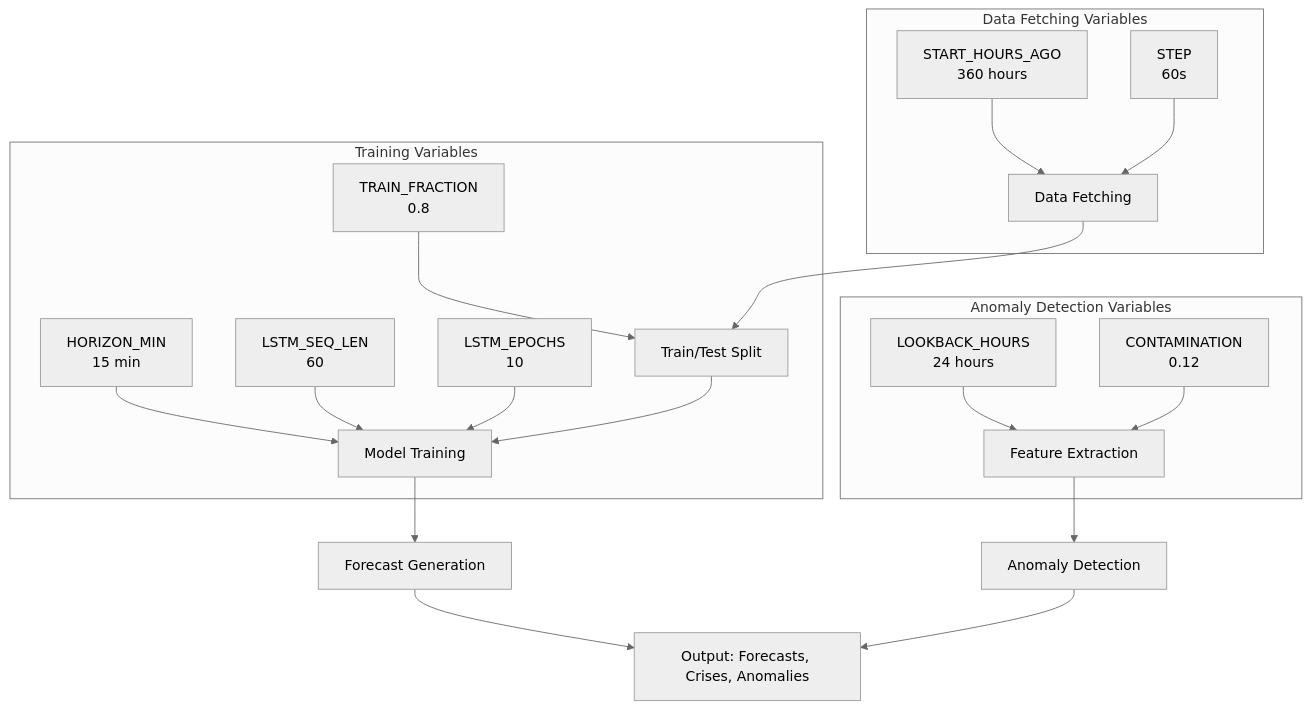
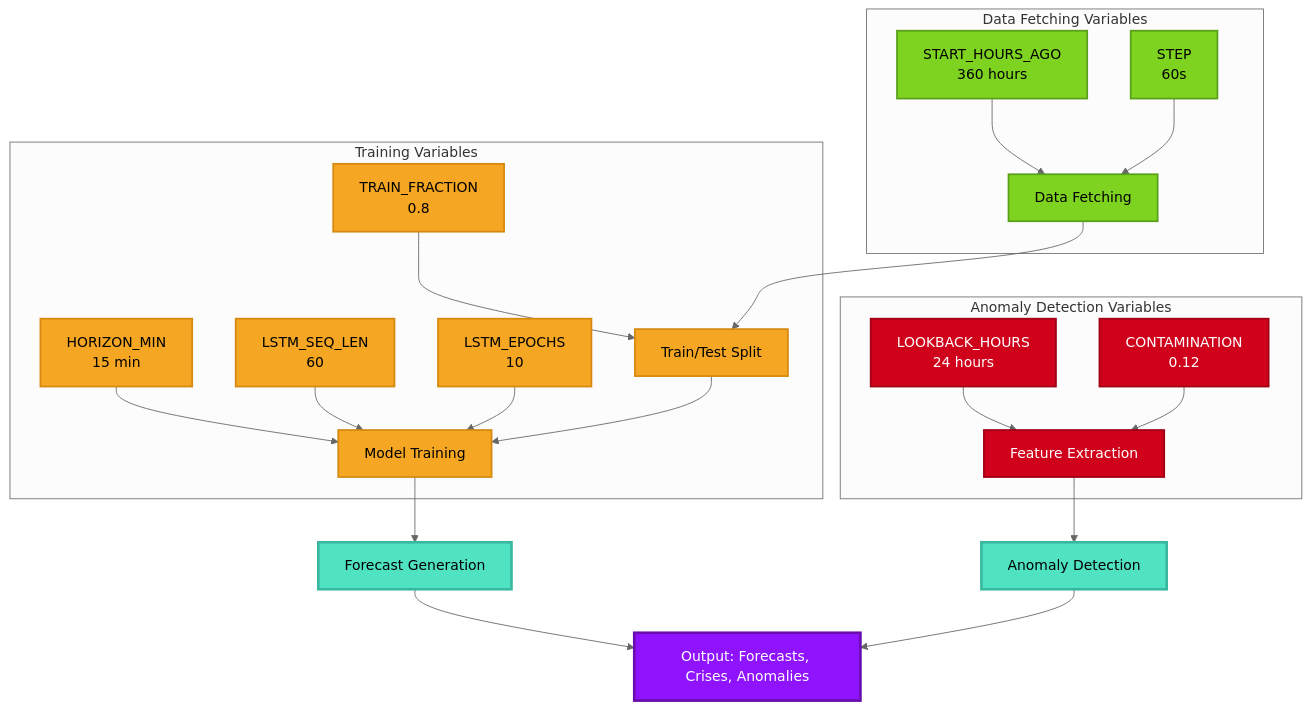
Before and after one commit to k8sautom8/metrics-ml: the ninth of 11 diagrams in Docs/VISUAL_ARCHITECTURE_GUIDE.md, drawn with Mermaid (neutral theme). The commit also changed other lines of this file, not shown here.

````diff
--- a/Docs/VISUAL_ARCHITECTURE_GUIDE.md
+++ b/Docs/VISUAL_ARCHITECTURE_GUIDE.md
@@ -416,27 +588,39 @@
 ```mermaid
 graph TD
     subgraph "Data Fetching Variables"
         START[START_HOURS_AGO<br/>360 hours] --> Fetch[Data Fetching]
         STEP[STEP<br/>60s] --> Fetch
     end
     
     subgraph "Training Variables"
         TRAIN[TRAIN_FRACTION<br/>0.8] --> Split[Train/Test Split]
         HORIZON[HORIZON_MIN<br/>15 min] --> Models[Model Training]
         LSTM_SEQ[LSTM_SEQ_LEN<br/>60] --> Models
         LSTM_EPOCH[LSTM_EPOCHS<br/>10] --> Models
     end
     
     subgraph "Anomaly Detection Variables"
         LOOKBACK[LOOKBACK_HOURS<br/>24 hours] --> Anomaly[Feature Extraction]
         CONTAM[CONTAMINATION<br/>0.12] --> Anomaly
     end
     
     Fetch --> Split
     Split --> Models
     Models --> Forecast[Forecast Generation]
     Anomaly --> AnomalyDet[Anomaly Detection]
     
     Forecast --> Output[Output: Forecasts, Crises, Anomalies]
     AnomalyDet --> Output
+    
+    classDef dataVar fill:#7ED321,stroke:#5A9F1A,stroke-width:2px,color:#000
+    classDef trainVar fill:#F5A623,stroke:#D68910,stroke-width:2px,color:#000
+    classDef anomalyVar fill:#D0021B,stroke:#A00115,stroke-width:2px,color:#fff
+    classDef process fill:#50E3C2,stroke:#3AB89F,stroke-width:3px,color:#000
+    classDef output fill:#9013FE,stroke:#6A0DAD,stroke-width:3px,color:#fff
+    
+    class START,STEP,Fetch dataVar
+    class TRAIN,HORIZON,LSTM_SEQ,LSTM_EPOCH,Split,Models trainVar
+    class LOOKBACK,CONTAM,Anomaly anomalyVar
+    class Forecast,AnomalyDet process
+    class Output output
 ```
````
